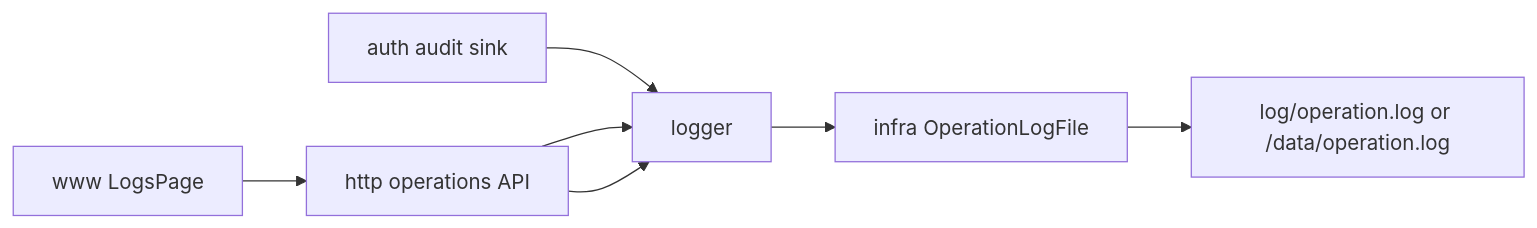
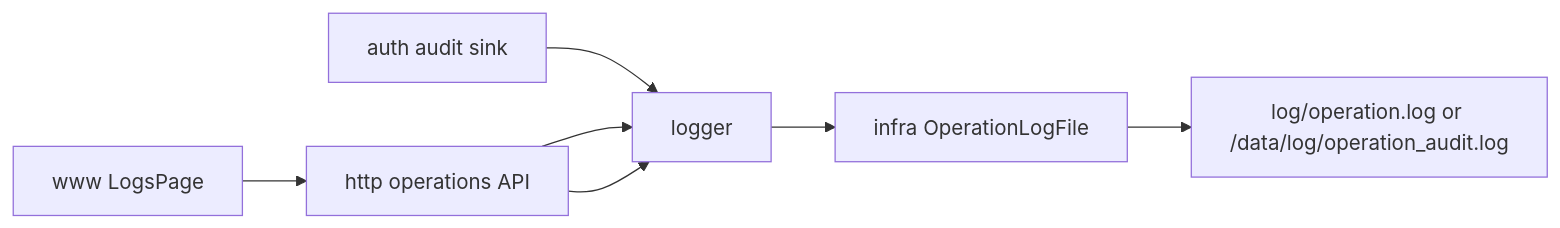
The diagram in docs/libs/logger.md (373699756/live_stream), drawn with Mermaid before and after one commit. The commit also changed 15 other files, not shown here.

````diff
--- a/docs/libs/logger.md
+++ b/docs/libs/logger.md
@@ -19,9 +19,9 @@
 ```mermaid
 flowchart LR
   Auth[auth audit sink] --> Logger[logger]
   HTTP[HTTP operation handlers] --> Logger
   Logger --> OperationLogFile[infra OperationLogFile]
-  OperationLogFile --> File[log/operation.log or /data/operation.log]
+  OperationLogFile --> File[log/operation.log or /data/log/operation_audit.log]
   Web[www LogsPage] --> HTTP[http operations API]
   HTTP --> Logger
 ```
````
